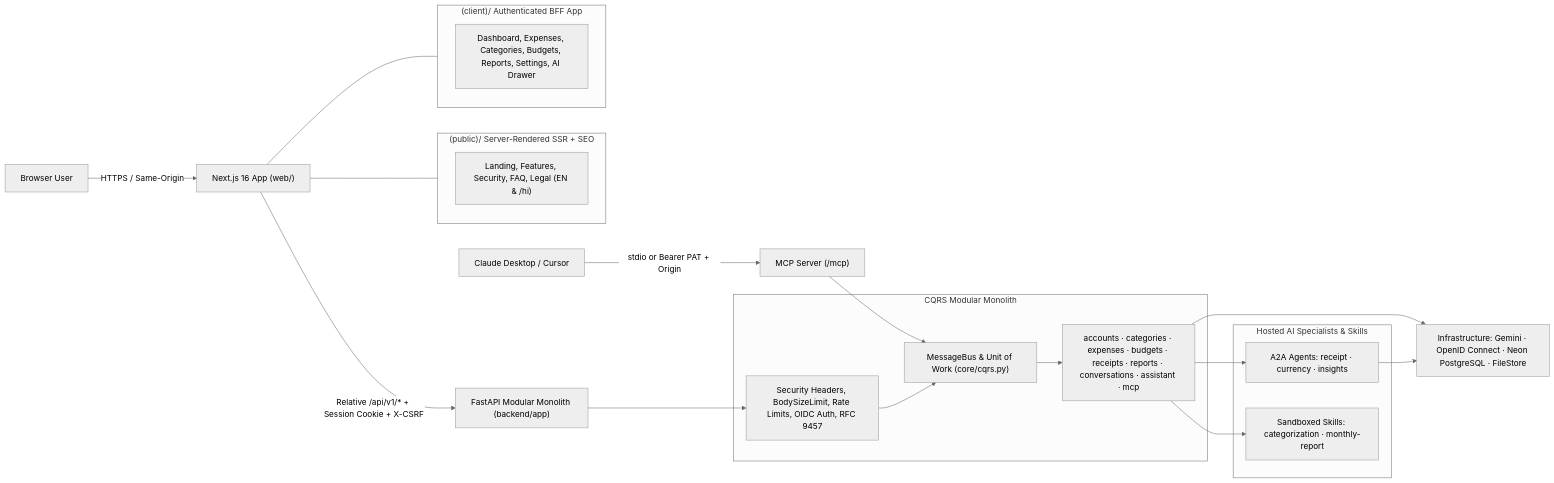
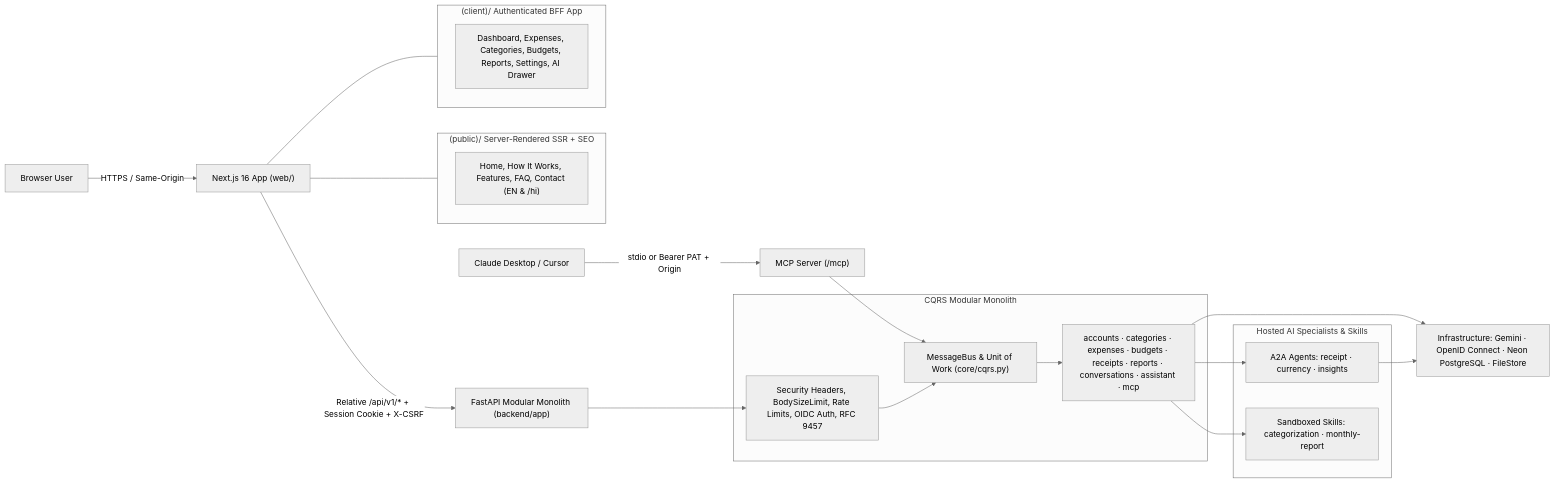
One commit to primecoderIN/trackwise.ai changed the diagram in README.md. Above: the diagram before and after it, drawn with Mermaid (neutral theme). The commit also changed other lines of this file and 4 other files, not shown here.

````diff
--- a/README.md
+++ b/README.md
@@ -42,40 +42,40 @@
 ```mermaid
 flowchart LR
     User["Browser User"] -->|HTTPS / Same-Origin| Next["Next.js 16 App (web/)"]
     MCPClient["Claude Desktop / Cursor"] -->|stdio or Bearer PAT + Origin| MCP["MCP Server (/mcp)"]
 
     subgraph Public["(public)/ Server-Rendered SSR + SEO"]
-        NextPub["Landing, Features, Security, FAQ, Legal (EN & /hi)"]
+        NextPub["Home, How It Works, Features, FAQ, Contact (EN & /hi)"]
     end
 
     subgraph Workspace["(client)/ Authenticated BFF App"]
         NextApp["Dashboard, Expenses, Categories, Budgets, Reports, Settings, AI Drawer"]
     end
 
     Next --- Public
     Next --- Workspace
     Next -->|"Relative /api/v1/* + Session Cookie + X-CSRF"| API["FastAPI Modular Monolith (backend/app)"]
     MCP --> Bus
 
     subgraph Backend["CQRS Modular Monolith"]
         Guards["Security Headers, BodySizeLimit, Rate Limits, OIDC Auth, RFC 9457"]
         Bus["MessageBus & Unit of Work (core/cqrs.py)"]
         Modules["accounts · categories · expenses · budgets · receipts · reports · conversations · assistant · mcp"]
         Guards --> Bus
         Bus --> Modules
     end
 
     API --> Guards
 
     subgraph AI["Hosted AI Specialists & Skills"]
         Agents["A2A Agents: receipt · currency · insights"]
         Skills["Sandboxed Skills: categorization · monthly-report"]
     end
 
     Infra["Infrastructure: Gemini · OpenID Connect · Neon PostgreSQL · FileStore"]
 
     Modules --> Agents
     Modules --> Skills
     Modules --> Infra
     Agents --> Infra
 ```
````
